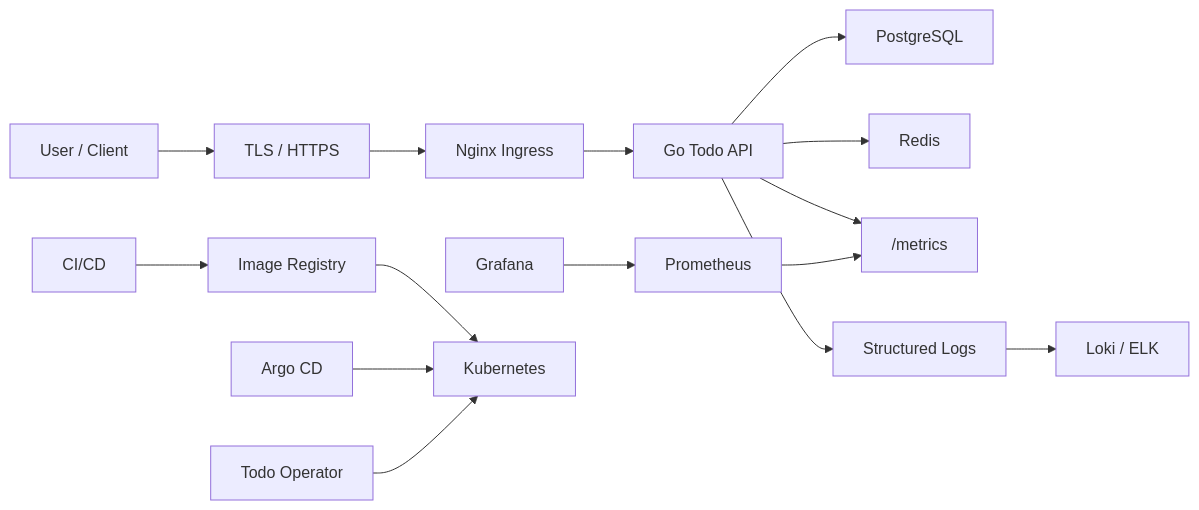
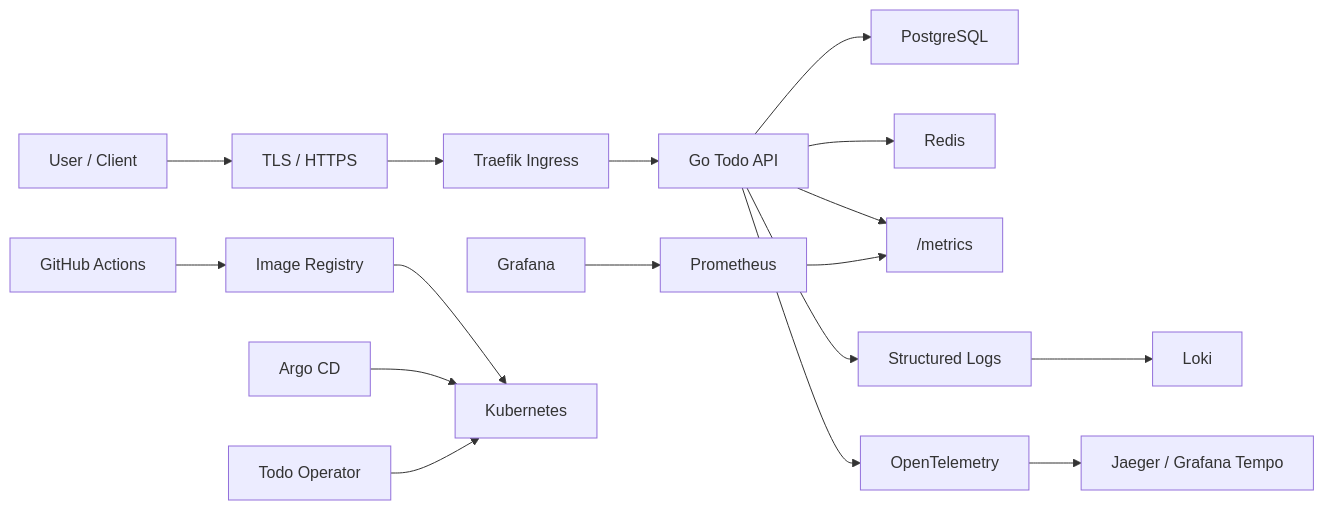
The diagram in docs/course-design/03-project-mainline-cloud-native-todo-platform.md (yleoer/cloud-native-todo-platform-docs), drawn with Mermaid before and after one commit. The commit also changed other lines of this file and 6 other files, not shown here.

````diff
--- a/docs/course-design/03-project-mainline-cloud-native-todo-platform.md
+++ b/docs/course-design/03-project-mainline-cloud-native-todo-platform.md
@@ -87,17 +94,19 @@
 ```mermaid
 flowchart LR
     User["User / Client"] --> TLS["TLS / HTTPS"]
-    TLS --> Ingress["Nginx Ingress"]
+    TLS --> Ingress["Traefik Ingress"]
     Ingress --> API["Go Todo API"]
     API --> PG["PostgreSQL"]
     API --> Redis["Redis"]
     API --> Metrics["/metrics"]
     Prom["Prometheus"] --> Metrics
     Grafana["Grafana"] --> Prom
     API --> Logs["Structured Logs"]
-    Logs --> Loki["Loki / ELK"]
-    CICD["CI/CD"] --> Registry["Image Registry"]
+    Logs --> Loki["Loki"]
+    API --> Traces["OpenTelemetry"]
+    Traces --> Jaeger["Jaeger / Grafana Tempo"]
+    CICD["GitHub Actions"] --> Registry["Image Registry"]
     Registry --> K8s["Kubernetes"]
     GitOps["Argo CD"] --> K8s
     Operator["Todo Operator"] --> K8s
 ```
````
